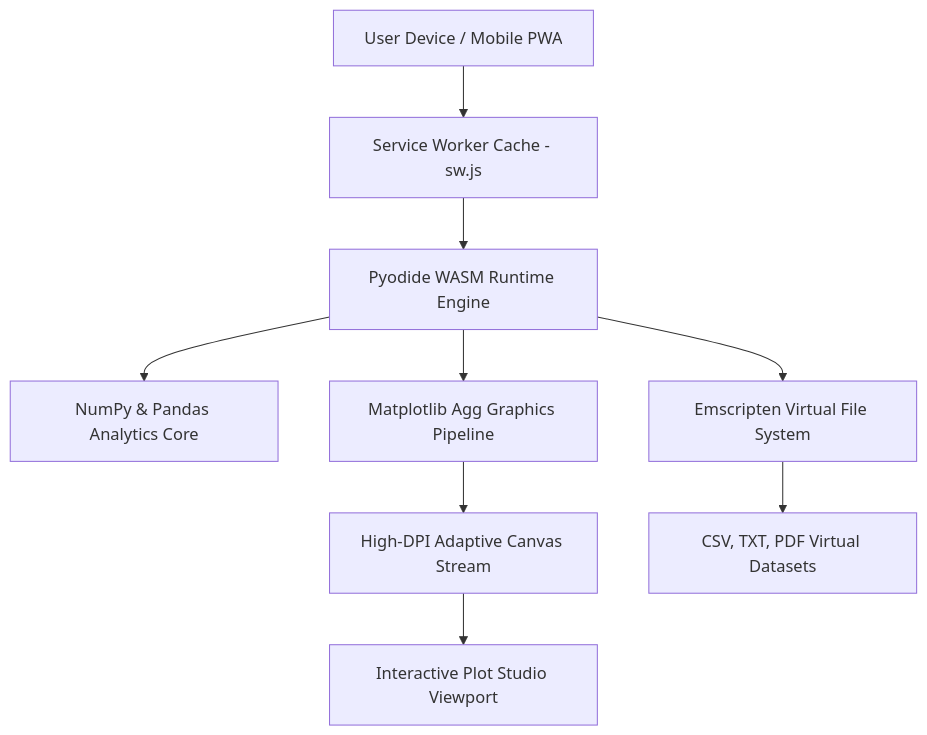
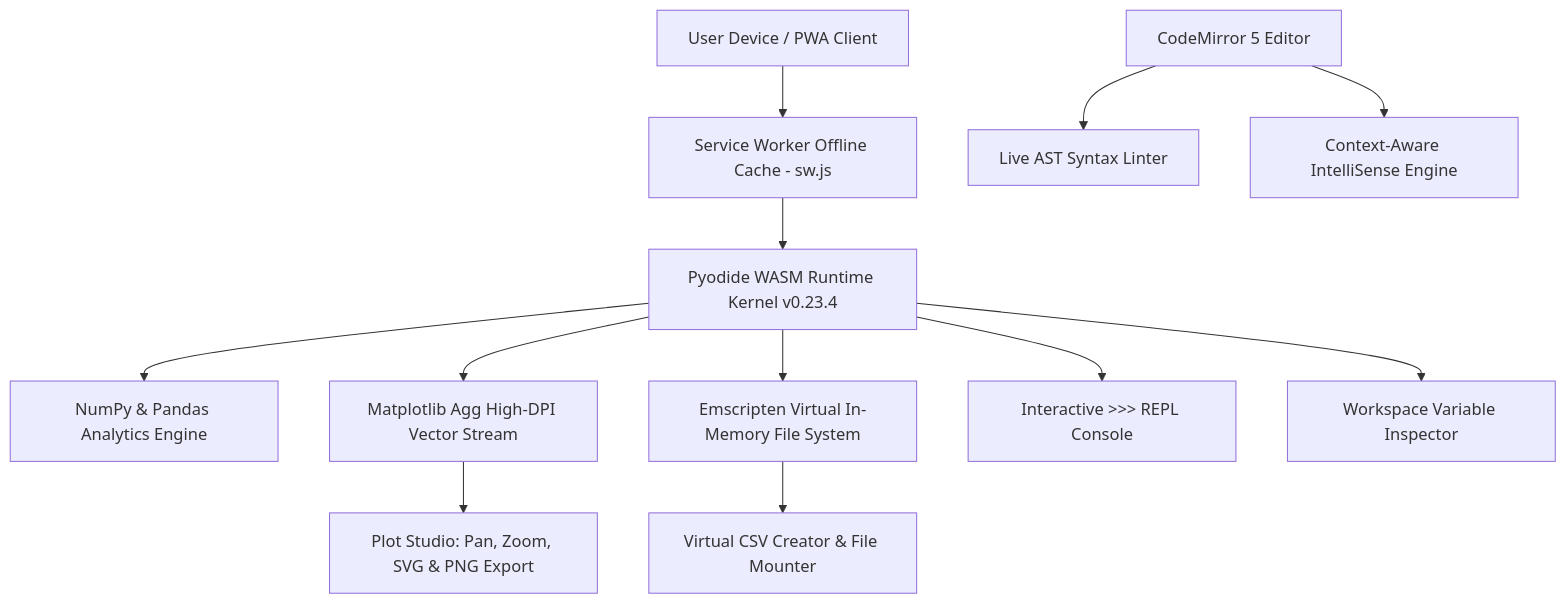
The diagram in README.md (shadow-wave/Omni-pro), drawn with Mermaid before and after one commit. The commit also changed other lines of this file, not shown here.

````diff
--- a/README.md
+++ b/README.md
@@ -32,11 +34,16 @@
 ```mermaid
 graph TD
-    A[User Device / Mobile PWA] --> B[Service Worker Cache - sw.js]
-    B --> C[Pyodide WASM Runtime Engine]
-    C --> D[NumPy & Pandas Analytics Core]
-    C --> E[Matplotlib Agg Graphics Pipeline]
-    C --> F[Emscripten Virtual File System]
-    E --> G[High-DPI Adaptive Canvas Stream]
-    G --> H[Interactive Plot Studio Viewport]
-    F --> I[CSV, TXT, PDF Virtual Datasets]
+    A[User Device / PWA Client] --> B[Service Worker Offline Cache - sw.js]
+    B --> C[Pyodide WASM Runtime Kernel v0.23.4]
+    C --> D[NumPy & Pandas Analytics Engine]
+    C --> E[Matplotlib Agg High-DPI Vector Stream]
+    C --> F[Emscripten Virtual In-Memory File System]
+    
+    G[CodeMirror 5 Editor] --> H[Live AST Syntax Linter]
+    G --> I[Context-Aware IntelliSense Engine]
+    
+    C --> J[Interactive >>> REPL Console]
+    C --> K[Workspace Variable Inspector]
+    E --> L[Plot Studio: Pan, Zoom, SVG & PNG Export]
+    F --> M[Virtual CSV Creator & File Mounter]
 ```
````
